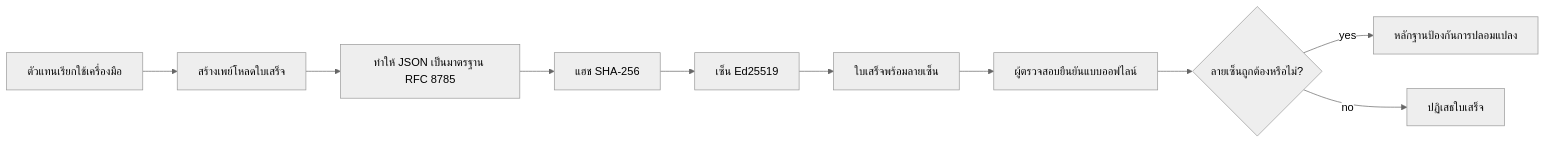
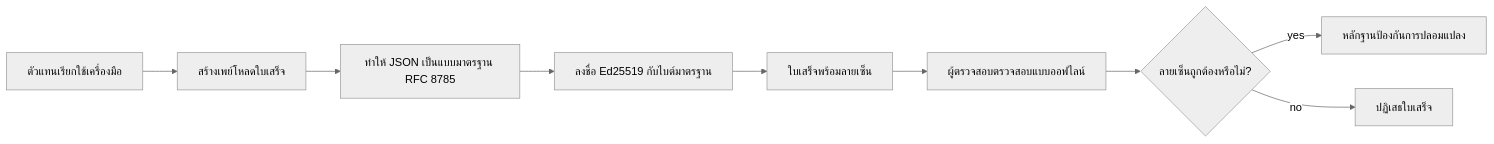
The first of 2 diagrams in mirrors/repos/microsoft@ai-agents-for-beginners/translations/th/18-securing-ai-agents/README.md (gabrielmoreira/agent-skills-mirror), drawn with Mermaid (neutral theme) before and after one commit. The commit also changed other lines of this file and 4262 other files, not shown here.

````diff
--- a/mirrors/repos/microsoft@ai-agents-for-beginners/translations/th/18-securing-ai-agents/README.md
+++ b/mirrors/repos/microsoft@ai-agents-for-beginners/translations/th/18-securing-ai-agents/README.md
@@ -51,12 +51,11 @@
 ```mermaid
 flowchart LR
     A[ตัวแทนเรียกใช้เครื่องมือ] --> B[สร้างเพย์โหลดใบเสร็จ]
-    B --> C[ทำให้ JSON เป็นมาตรฐาน RFC 8785]
-    C --> D[แฮช SHA-256]
-    D --> E[เซ็น Ed25519]
+    B --> C[ทำให้ JSON เป็นแบบมาตรฐาน RFC 8785]
+    C --> E[ลงชื่อ Ed25519 กับไบต์มาตรฐาน]
     E --> F[ใบเสร็จพร้อมลายเซ็น]
-    F --> G[ผู้ตรวจสอบยืนยันแบบออฟไลน์]
+    F --> G[ผู้ตรวจสอบตรวจสอบแบบออฟไลน์]
     G --> H{ลายเซ็นถูกต้องหรือไม่?}
     H -- yes --> I[หลักฐานป้องกันการปลอมแปลง]
     H -- no --> J[ปฏิเสธใบเสร็จ]
 ```
````
